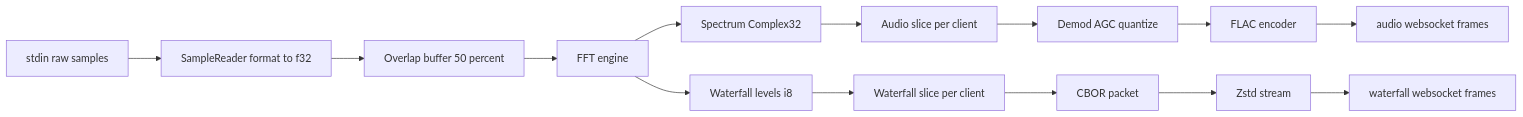
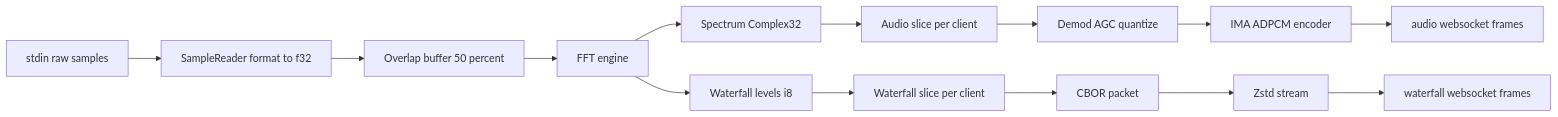
One commit to Steven9101/NovaSDR changed the diagram in docs/DSP.md. Above: the diagram before and after it, drawn with Mermaid. The commit also changed 16 other files, not shown here.

````diff
--- a/docs/DSP.md
+++ b/docs/DSP.md
@@ -8,16 +8,16 @@
 ```mermaid
 graph LR
   A[stdin raw samples] --> B[SampleReader format to f32]
   B --> C[Overlap buffer 50 percent]
   C --> D[FFT engine]
   D --> E[Spectrum Complex32]
   D --> F[Waterfall levels i8]
   E --> G[Audio slice per client]
   F --> H[Waterfall slice per client]
   G --> I[Demod AGC quantize]
-  I --> J[FLAC encoder]
+  I --> J[IMA ADPCM encoder]
   J --> K[audio websocket frames]
   H --> L[CBOR packet]
   L --> M[Zstd stream]
   M --> N[waterfall websocket frames]
 ```
````
